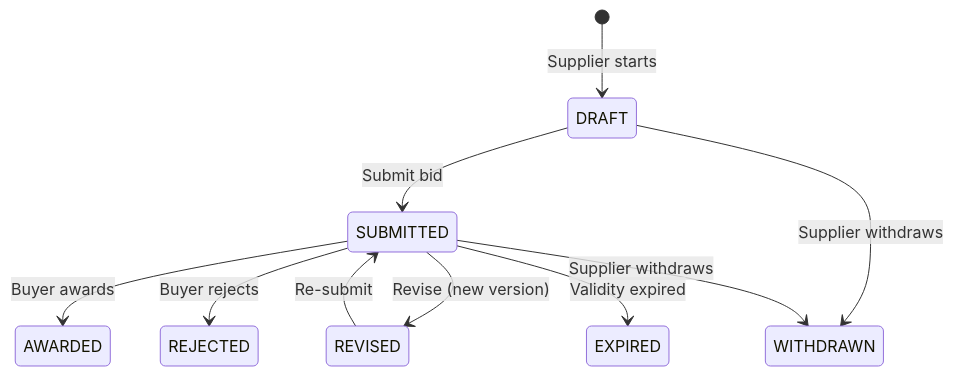
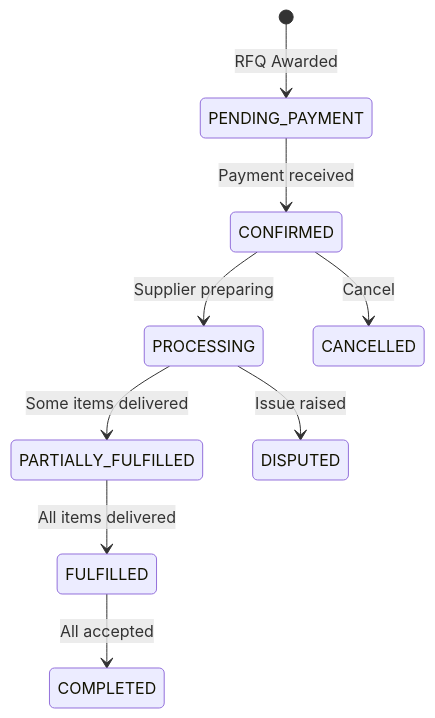
Before and after one commit to arunmenon/PortiQ: the seventh of 14 diagrams in docs/FEATURES_AND_ARCHITECTURE.md, drawn with Mermaid. The commit also changed other lines of this file and 90 other files, not shown here.

````diff
--- a/docs/FEATURES_AND_ARCHITECTURE.md
+++ b/docs/FEATURES_AND_ARCHITECTURE.md
@@ -575,12 +536,11 @@
 ```mermaid
 stateDiagram-v2
-    [*] --> DRAFT: Supplier starts
-    DRAFT --> SUBMITTED: Submit bid
-    SUBMITTED --> REVISED: Revise (new version)
-    REVISED --> SUBMITTED: Re-submit
-    SUBMITTED --> AWARDED: Buyer awards
-    SUBMITTED --> REJECTED: Buyer rejects
-    SUBMITTED --> EXPIRED: Validity expired
-    DRAFT --> WITHDRAWN: Supplier withdraws
-    SUBMITTED --> WITHDRAWN: Supplier withdraws
+    [*] --> PENDING_PAYMENT: RFQ Awarded
+    PENDING_PAYMENT --> CONFIRMED: Payment received
+    CONFIRMED --> PROCESSING: Supplier preparing
+    PROCESSING --> PARTIALLY_FULFILLED: Some items delivered
+    PARTIALLY_FULFILLED --> FULFILLED: All items delivered
+    FULFILLED --> COMPLETED: All accepted
+    CONFIRMED --> CANCELLED: Cancel
+    PROCESSING --> DISPUTED: Issue raised
 ```
````
